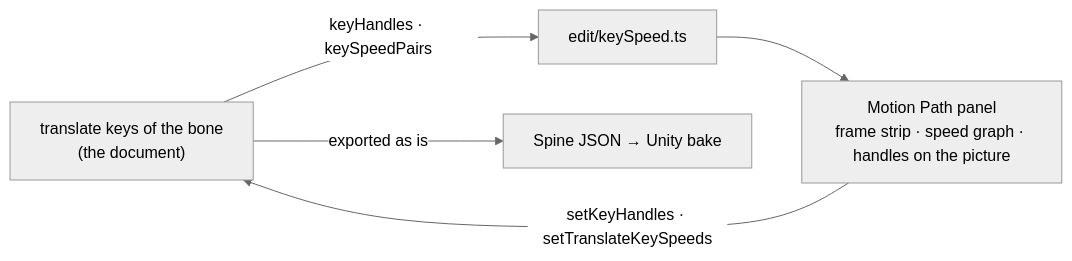
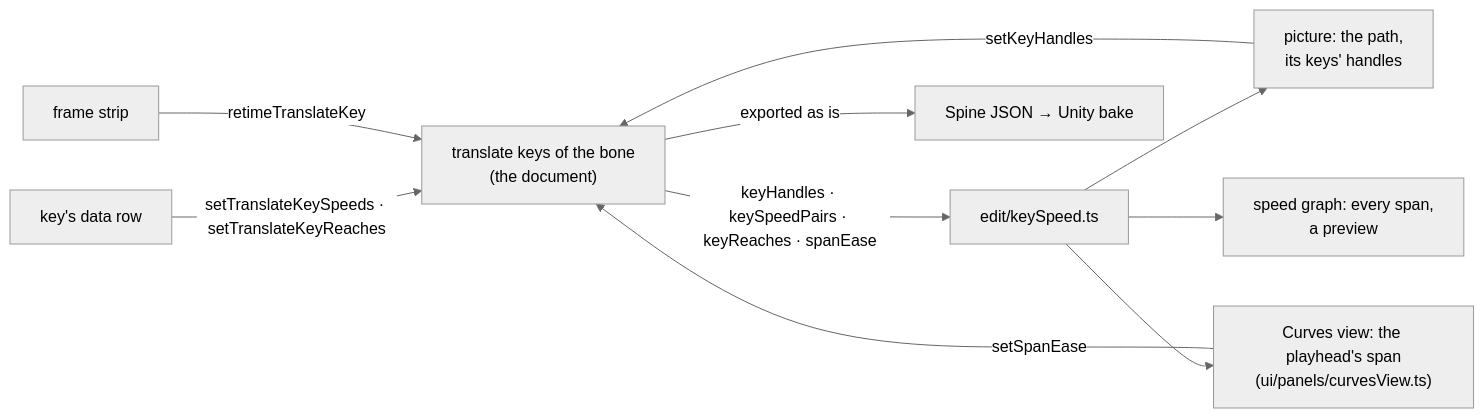
The second of 2 diagrams in Editor-BoneBurst-Src/docs/SPEC.md (12pnp/M0-Animation-2D), drawn with Mermaid (neutral theme) before and after one commit. The commit also changed other lines of this file and 10 other files, not shown here.

````diff
--- a/Editor-BoneBurst-Src/docs/SPEC.md
+++ b/Editor-BoneBurst-Src/docs/SPEC.md
@@ -192,7 +192,12 @@
 ```mermaid
 flowchart LR
-    K["translate keys of the bone<br/>(the document)"] -->|"keyHandles · keySpeedPairs"| FP["edit/keySpeed.ts"]
-    FP --> UI["Motion Path panel<br/>frame strip · speed graph · handles on the picture"]
-    UI -->|"setKeyHandles · setTranslateKeySpeeds"| K
+    K["translate keys of the bone<br/>(the document)"] -->|"keyHandles · keySpeedPairs · keyReaches · spanEase"| FP["edit/keySpeed.ts"]
+    FP --> PIC["picture: the path,<br/>its keys' handles"]
+    FP --> CV["Curves view: the playhead's span<br/>(ui/panels/curvesView.ts)"]
+    FP --> SG["speed graph: every span,<br/>a preview"]
+    PIC -->|"setKeyHandles"| K
+    CV -->|"setSpanEase"| K
+    ROW["key's data row"] -->|"setTranslateKeySpeeds · setTranslateKeyReaches"| K
+    STRIP["frame strip"] -->|"retimeTranslateKey"| K
     K -->|"exported as is"| U["Spine JSON → Unity bake"]
 ```
````
